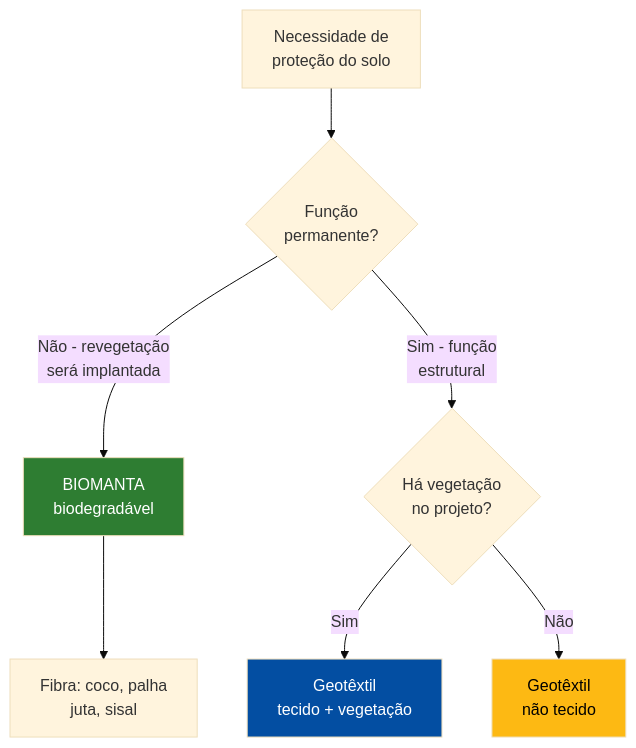
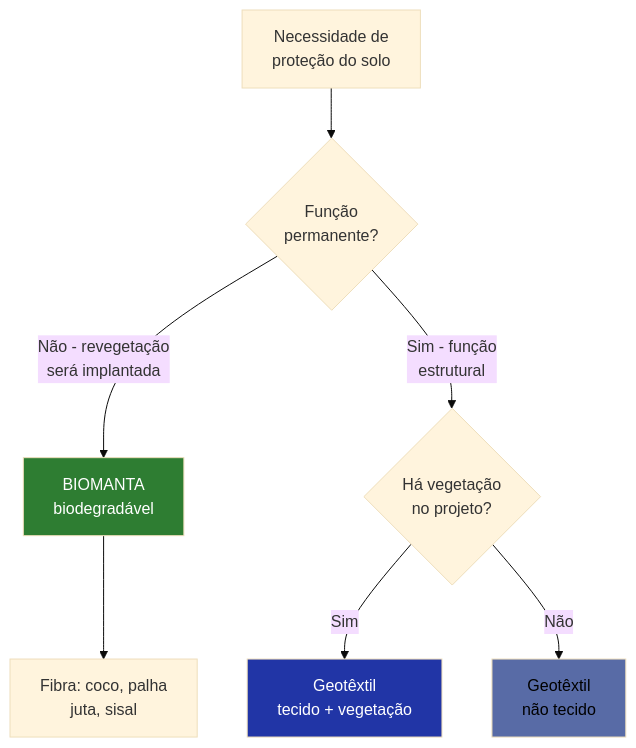
One commit to ldvsantos/cv changed the second of 7 diagrams in aulas/bioengenharia_de_solos/aulas/biomantas/biomantas.qmd. Above: the diagram before and after it, drawn with Mermaid (base theme). The commit also changed other lines of this file and 466 other files, not shown here.

````diff
--- a/aulas/bioengenharia_de_solos/aulas/biomantas/biomantas.qmd
+++ b/aulas/bioengenharia_de_solos/aulas/biomantas/biomantas.qmd
@@ -194,13 +192,13 @@
 ```{mermaid}
 %%| fig-width: 5
 graph TD
     A["Necessidade de<br>proteção do solo"] --> B{"Função<br>permanente?"}
     B -->|"Não - revegetação<br>será implantada"| C["BIOMANTA<br>biodegradável"]
     B -->|"Sim - função<br>estrutural"| D{"Há vegetação<br>no projeto?"}
     D -->|"Sim"| E["Geotêxtil<br>tecido + vegetação"]
     D -->|"Não"| F["Geotêxtil<br>não tecido"]
     C --> G["Fibra: coco, palha<br>juta, sisal"]
     style C fill:#2E7D32,color:#fff
-    style E fill:#034EA2,color:#fff
-    style F fill:#FDB913,color:#000
+    style E fill:#2135A6,color:#fff
+    style F fill:#586BA6,color:#000
 ```
````
